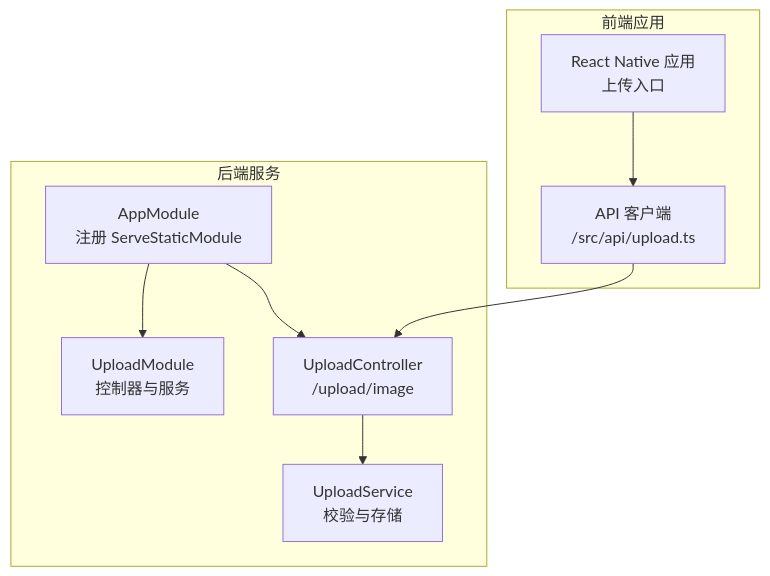
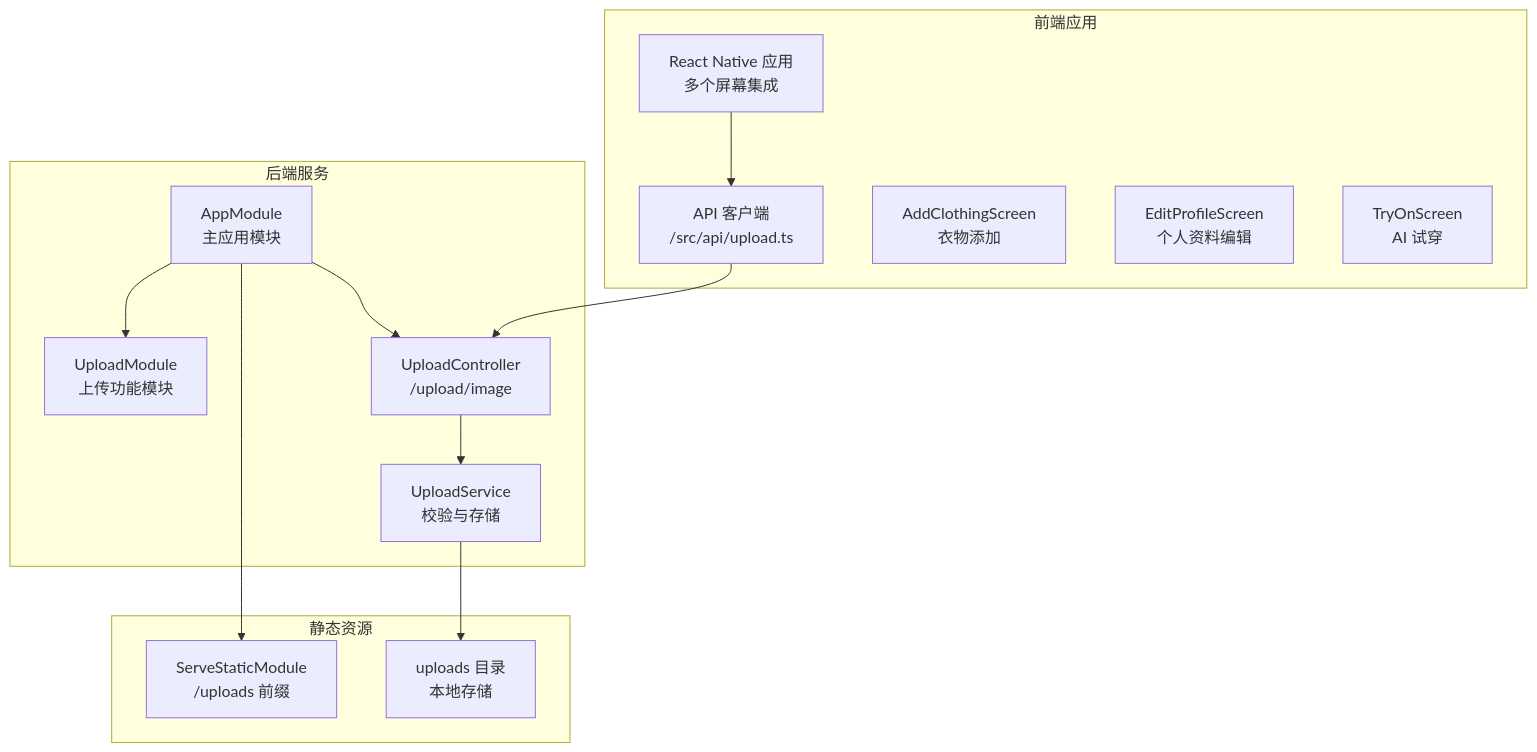
The first of 5 diagrams in .qoder/repowiki/zh/content/后端开发指南/核心模块详解/文件上传模块.md (lsqwawa/free-dress), drawn with Mermaid before and after one commit. The commit also changed other lines of this file and 74 other files, not shown here.

````diff
--- a/.qoder/repowiki/zh/content/后端开发指南/核心模块详解/文件上传模块.md
+++ b/.qoder/repowiki/zh/content/后端开发指南/核心模块详解/文件上传模块.md
@@ -33,18 +44,27 @@
 ```mermaid
 graph TB
 subgraph "前端应用"
-RN["React Native 应用<br/>上传入口"]
+RN["React Native 应用<br/>多个屏幕集成"]
 API["API 客户端<br/>/src/api/upload.ts"]
+AC["AddClothingScreen<br/>衣物添加"]
+EP["EditProfileScreen<br/>个人资料编辑"]
+TO["TryOnScreen<br/>AI 试穿"]
 end
 subgraph "后端服务"
-APP["AppModule<br/>注册 ServeStaticModule"]
-UM["UploadModule<br/>控制器与服务"]
+APP["AppModule<br/>主应用模块"]
+UM["UploadModule<br/>上传功能模块"]
 UC["UploadController<br/>/upload/image"]
 US["UploadService<br/>校验与存储"]
+end
+subgraph "静态资源"
+STATIC["ServeStaticModule<br/>/uploads 前缀"]
+UPLOADS["uploads 目录<br/>本地存储"]
 end
 RN --> API
 API --> UC
 UC --> US
+US --> UPLOADS
 APP --> UC
 APP --> UM
+APP --> STATIC
 ```
````
